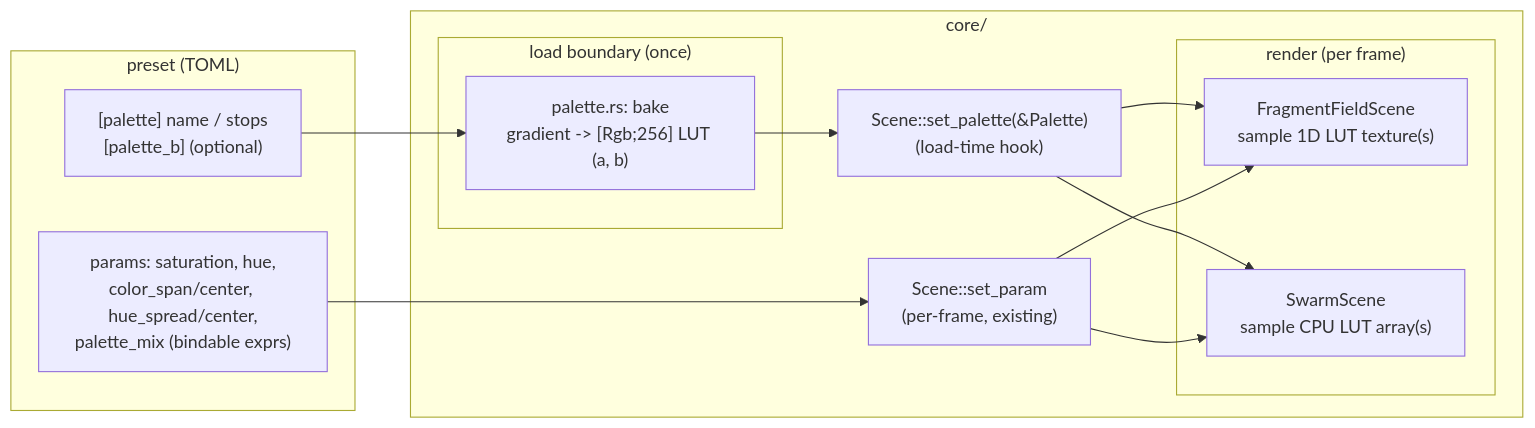
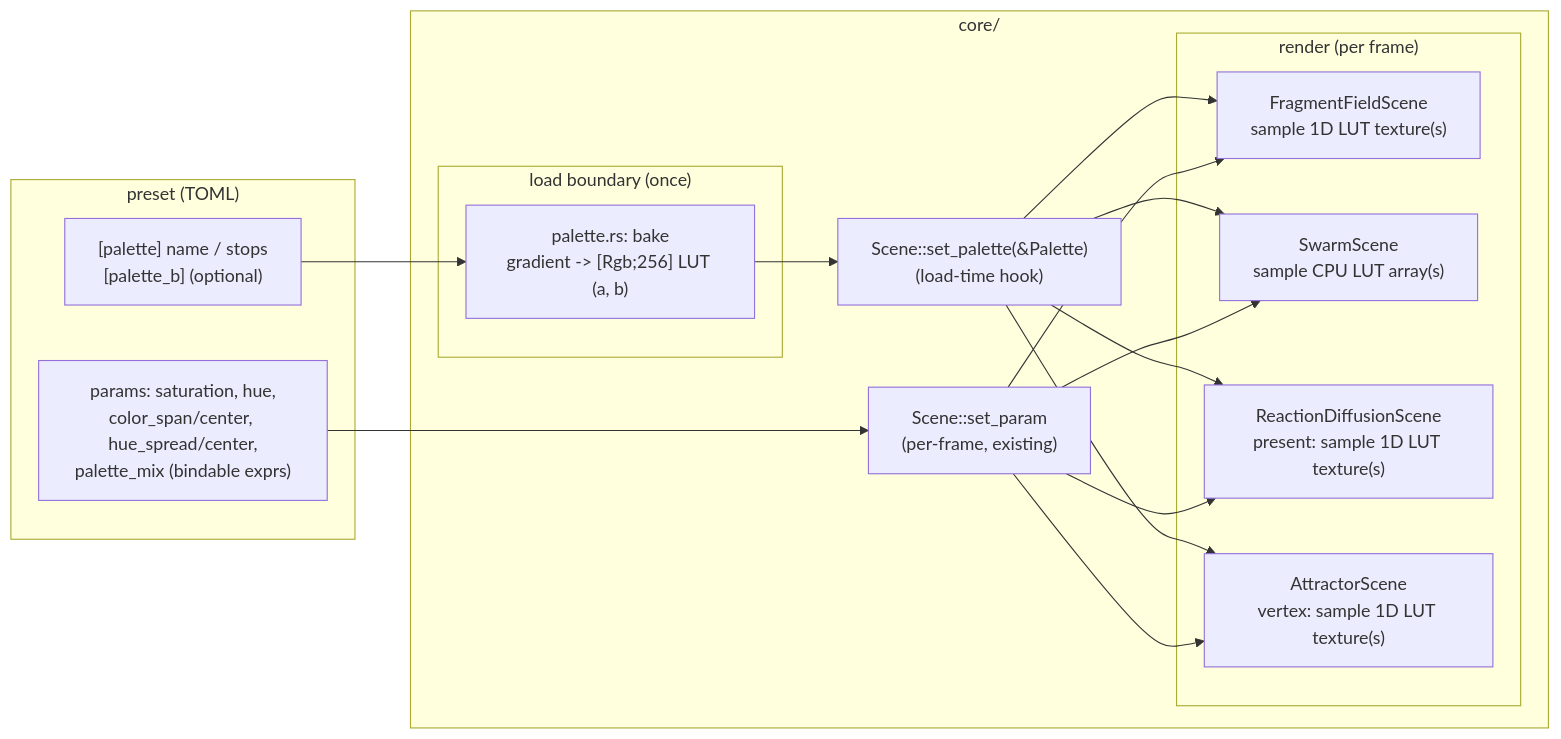
Before and after one commit to IgorKonovalov/light-music-visualizer: the diagram in docs/plans/0020-shared-palette-system.md, drawn with Mermaid. The commit also changed other lines of this file and 1 other file, not shown here.

First line of the commit message:
docs(plan): expand Plan 0020 palette scope to RD + attractor scenes

````diff
--- a/docs/plans/0020-shared-palette-system.md
+++ b/docs/plans/0020-shared-palette-system.md
@@ -41,34 +55,42 @@
 ```mermaid
 flowchart LR
     subgraph preset["preset (TOML)"]
         cfg["[palette] name / stops
 [palette_b] (optional)"]
         prm["params: saturation, hue,
 color_span/center, hue_spread/center,
 palette_mix (bindable exprs)"]
     end
 
     subgraph core["core/"]
         subgraph load["load boundary (once)"]
             bake["palette.rs: bake
 gradient -> [Rgb;256] LUT (a, b)"]
         end
         subgraph render["render (per frame)"]
             frag["FragmentFieldScene
 sample 1D LUT texture(s)"]
             swarm["SwarmScene
 sample CPU LUT array(s)"]
+            rd["ReactionDiffusionScene
+present: sample 1D LUT texture(s)"]
+            att["AttractorScene
+vertex: sample 1D LUT texture(s)"]
         end
         setpal["Scene::set_palette(&Palette)
 (load-time hook)"]
         setp["Scene::set_param
 (per-frame, existing)"]
     end
 
     cfg --> bake --> setpal
     setpal --> frag
     setpal --> swarm
+    setpal --> rd
+    setpal --> att
     prm --> setp
     setp --> frag
     setp --> swarm
+    setp --> rd
+    setp --> att
 ```
````
